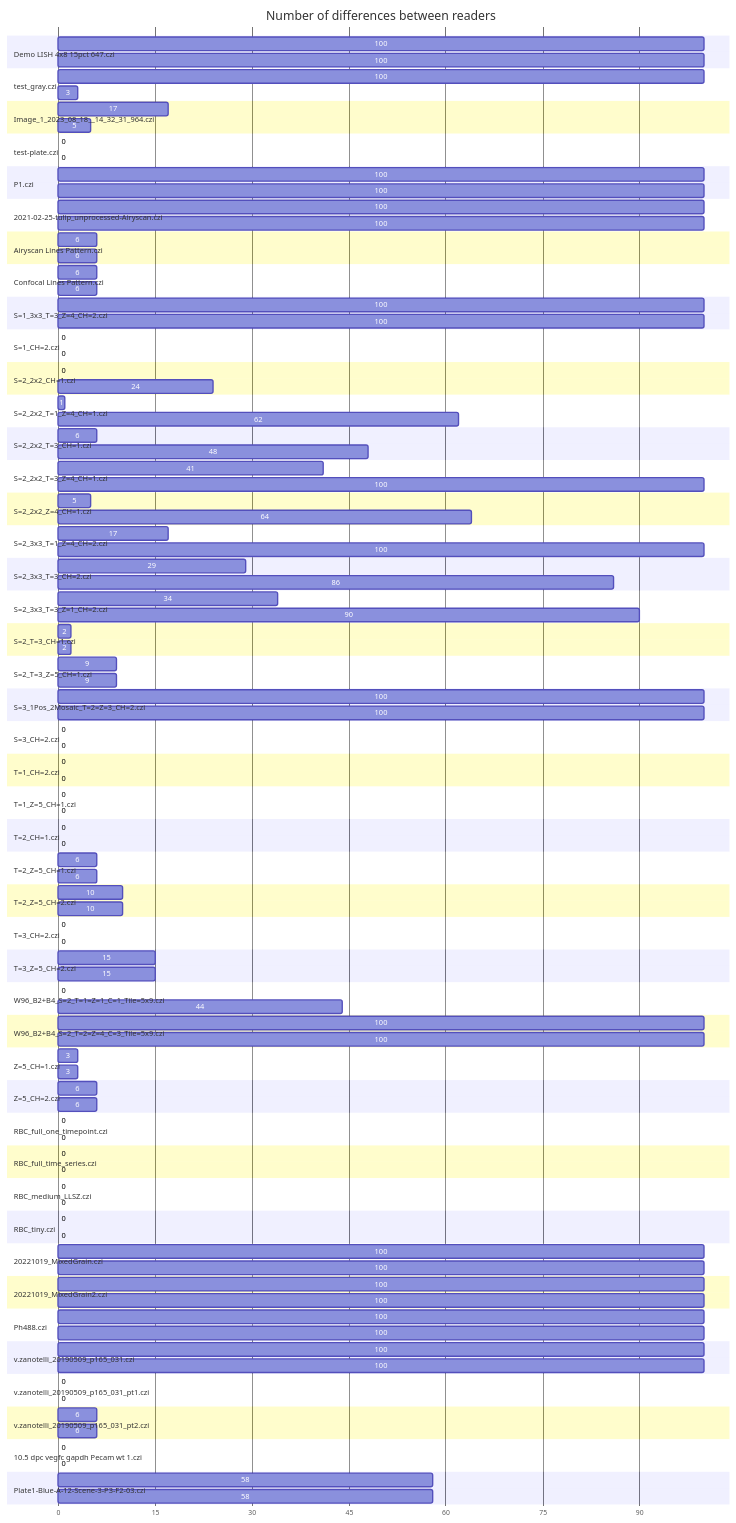
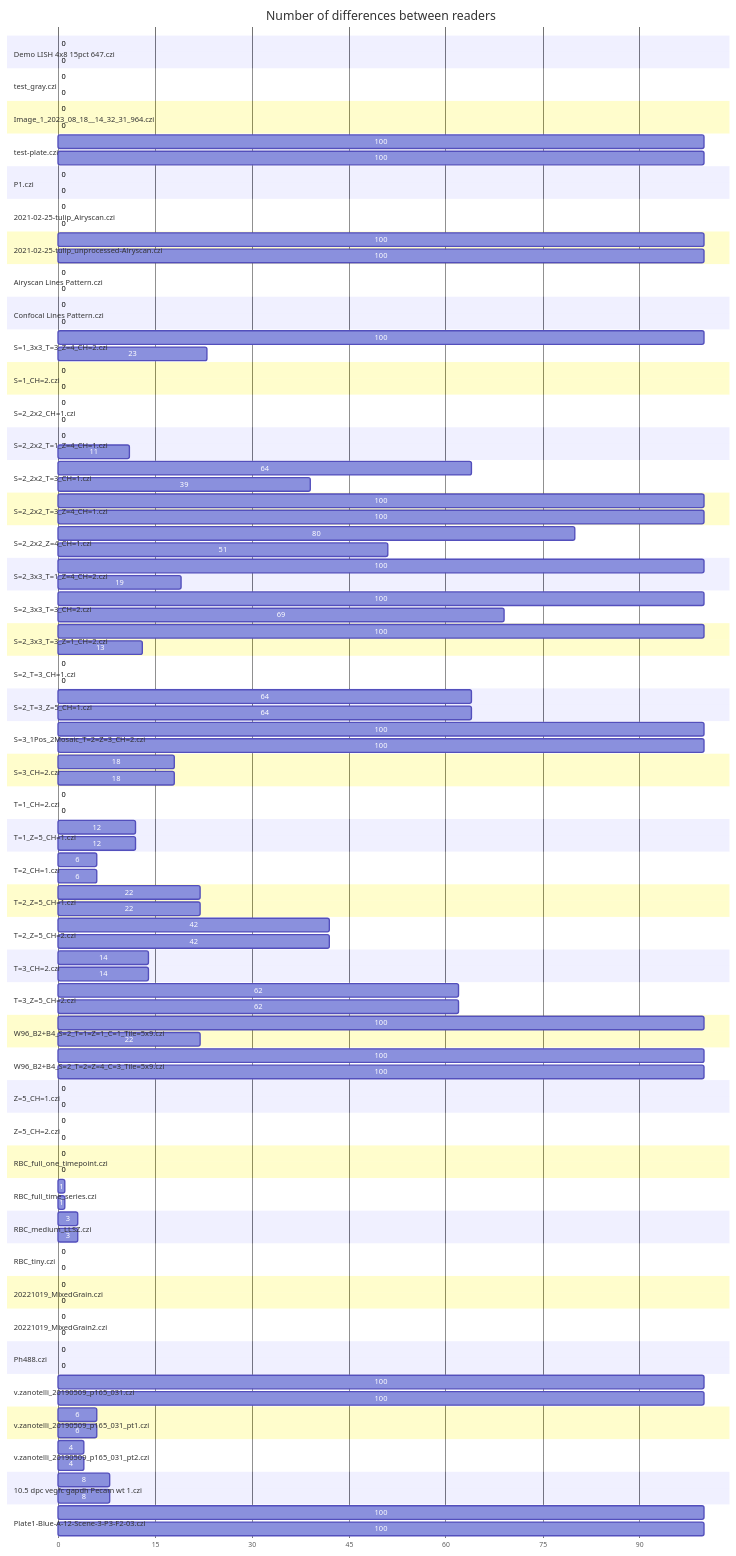
One commit to BIOP/quick-start-czi-reader changed the first of 4 diagrams in comparison_summary_chart.md. Above: the diagram before and after it, drawn with Mermaid. The commit also changed other lines of this file and 97 other files, not shown here.

````diff
--- a/comparison_summary_chart.md
+++ b/comparison_summary_chart.md
@@ -6,41 +6,45 @@
             axisFormat %s
 
             section Demo LISH 4x8 15pct 647.czi
-            100   : 0, 100
+            0   : 0, 0
             section Demo LISH 4x8 15pct 647.czi
-            100   : 0, 100
+            0   : 0, 0
             section test_gray.czi
-            100   : 0, 100
+            0   : 0, 0
             section test_gray.czi
-            3   : 0, 3
+            0   : 0, 0
             section Image_1_2023_08_18__14_32_31_964.czi
-            17   : 0, 17
+            0   : 0, 0
             section Image_1_2023_08_18__14_32_31_964.czi
-            5   : 0, 5
-            section test-plate.czi
             0   : 0, 0
             section test-plate.czi
+            100   : 0, 100
+            section test-plate.czi
+            100   : 0, 100
+            section P1.czi
             0   : 0, 0
             section P1.czi
-            100   : 0, 100
-            section P1.czi
-            100   : 0, 100
+            0   : 0, 0
+            section 2021-02-25-tulip_Airyscan.czi
+            0   : 0, 0
+            section 2021-02-25-tulip_Airyscan.czi
+            0   : 0, 0
             section 2021-02-25-tulip_unprocessed-Airyscan.czi
             100   : 0, 100
             section 2021-02-25-tulip_unprocessed-Airyscan.czi
             100   : 0, 100
             section Airyscan Lines Pattern.czi
-            6   : 0, 6
+            0   : 0, 0
             section Airyscan Lines Pattern.czi
-            6   : 0, 6
+            0   : 0, 0
             section Confocal Lines Pattern.czi
-            6   : 0, 6
+            0   : 0, 0
             section Confocal Lines Pattern.czi
-            6   : 0, 6
+            0   : 0, 0
             section S=1_3x3_T=3_Z=4_CH=2.czi
             100   : 0, 100
             section S=1_3x3_T=3_Z=4_CH=2.czi
-            100   : 0, 100
+            23   : 0, 23
             section S=1_CH=2.czi
             0   : 0, 0
             section S=1_CH=2.czi
@@ -48,141 +52,141 @@
             section S=2_2x2_CH=1.czi
             0   : 0, 0
             section S=2_2x2_CH=1.czi
-            24   : 0, 24
+            0   : 0, 0
             section S=2_2x2_T=1_Z=4_CH=1.czi
-            1   : 0, 1
+            0   : 0, 0
             section S=2_2x2_T=1_Z=4_CH=1.czi
-            62   : 0, 62
+            11   : 0, 11
             section S=2_2x2_T=3_CH=1.czi
-            6   : 0, 6
+            64   : 0, 64
             section S=2_2x2_T=3_CH=1.czi
-            48   : 0, 48
+            39   : 0, 39
             section S=2_2x2_T=3_Z=4_CH=1.czi
-            41   : 0, 41
+            100   : 0, 100
             section S=2_2x2_T=3_Z=4_CH=1.czi
             100   : 0, 100
             section S=2_2x2_Z=4_CH=1.czi
-            5   : 0, 5
+            80   : 0, 80
             section S=2_2x2_Z=4_CH=1.czi
-            64   : 0, 64
-            section S=2_3x3_T=1_Z=4_CH=2.czi
-            17   : 0, 17
+            51   : 0, 51
             section S=2_3x3_T=1_Z=4_CH=2.czi
             100   : 0, 100
+            section S=2_3x3_T=1_Z=4_CH=2.czi
+            19   : 0, 19
             section S=2_3x3_T=3_CH=2.czi
-            29   : 0, 29
+            100   : 0, 100
             section S=2_3x3_T=3_CH=2.czi
-            86   : 0, 86
+            69   : 0, 69
             section S=2_3x3_T=3_Z=1_CH=2.czi
-            34   : 0, 34
+            100   : 0, 100
             section S=2_3x3_T=3_Z=1_CH=2.czi
-            90   : 0, 90
+            13   : 0, 13
             section S=2_T=3_CH=1.czi
-            2   : 0, 2
+            0   : 0, 0
             section S=2_T=3_CH=1.czi
-            2   : 0, 2
+            0   : 0, 0
             section S=2_T=3_Z=5_CH=1.czi
-            9   : 0, 9
+            64   : 0, 64
             section S=2_T=3_Z=5_CH=1.czi
-            9   : 0, 9
+            64   : 0, 64
             section S=3_1Pos_2Mosaic_T=2=Z=3_CH=2.czi
             100   : 0, 100
             section S=3_1Pos_2Mosaic_T=2=Z=3_CH=2.czi
             100   : 0, 100
             section S=3_CH=2.czi
-            0   : 0, 0
+            18   : 0, 18
             section S=3_CH=2.czi
-            0   : 0, 0
+            18   : 0, 18
             section T=1_CH=2.czi
             0   : 0, 0
             section T=1_CH=2.czi
             0   : 0, 0
             section T=1_Z=5_CH=1.czi
-            0   : 0, 0
+            12   : 0, 12
             section T=1_Z=5_CH=1.czi
-            0   : 0, 0
+            12   : 0, 12
             section T=2_CH=1.czi
-            0   : 0, 0
+            6   : 0, 6
             section T=2_CH=1.czi
-            0   : 0, 0
-            section T=2_Z=5_CH=1.czi
             6   : 0, 6
             section T=2_Z=5_CH=1.czi
-            6   : 0, 6
+            22   : 0, 22
+            section T=2_Z=5_CH=1.czi
+            22   : 0, 22
             section T=2_Z=5_CH=2.czi
-            10   : 0, 10
+            42   : 0, 42
             section T=2_Z=5_CH=2.czi
-            10   : 0, 10
+            42   : 0, 42
             section T=3_CH=2.czi
-            0   : 0, 0
+            14   : 0, 14
             section T=3_CH=2.czi
-            0   : 0, 0
+            14   : 0, 14
             section T=3_Z=5_CH=2.czi
-            15   : 0, 15
+            62   : 0, 62
             section T=3_Z=5_CH=2.czi
-            15   : 0, 15
+            62   : 0, 62
             section W96_B2+B4_S=2_T=1=Z=1_C=1_Tile=5x9.czi
-            0   : 0, 0
+            100   : 0, 100
             section W96_B2+B4_S=2_T=1=Z=1_C=1_Tile=5x9.czi
-            44   : 0, 44
+            22   : 0, 22
             section W96_B2+B4_S=2_T=2=Z=4_C=3_Tile=5x9.czi
             100   : 0, 100
             section W96_B2+B4_S=2_T=2=Z=4_C=3_Tile=5x9.czi
             100   : 0, 100
             section Z=5_CH=1.czi
-            3   : 0, 3
+            0   : 0, 0
             section Z=5_CH=1.czi
-            3   : 0, 3
+            0   : 0, 0
             section Z=5_CH=2.czi
-            6   : 0, 6
+            0   : 0, 0
             section Z=5_CH=2.czi
-            6   : 0, 6
+            0   : 0, 0
             section RBC_full_one_timepoint.czi
             0   : 0, 0
             section RBC_full_one_timepoint.czi
             0   : 0, 0
             section RBC_full_time_series.czi
-            0   : 0, 0
+            1   : 0, 1
             section RBC_full_time_series.czi
-            0   : 0, 0
+            1   : 0, 1
             section RBC_medium_LLSZ.czi
-            0   : 0, 0
+            3   : 0, 3
             section RBC_medium_LLSZ.czi
-            0   : 0, 0
+            3   : 0, 3
             section RBC_tiny.czi
             0   : 0, 0
             section RBC_tiny.czi
             0   : 0, 0
             section 20221019_MixedGrain.czi
-            100   : 0, 100
+            0   : 0, 0
             section 20221019_MixedGrain.czi
-            100   : 0, 100
+            0   : 0, 0
             section 20221019_MixedGrain2.czi
-            100   : 0, 100
+            0   : 0, 0
             section 20221019_MixedGrain2.czi
-            100   : 0, 100
+            0   : 0, 0
             section Ph488.czi
-            100   : 0, 100
+            0   : 0, 0
             section Ph488.czi
-            100   : 0, 100
+            0   : 0, 0
             section v.zanotelli_20190509_p165_031.czi
             100   : 0, 100
             section v.zanotelli_20190509_p165_031.czi
             100   : 0, 100
             section v.zanotelli_20190509_p165_031_pt1.czi
-            0   : 0, 0
+            6   : 0, 6
             section v.zanotelli_20190509_p165_031_pt1.czi
-            0   : 0, 0
-            section v.zanotelli_20190509_p165_031_pt2.czi
             6   : 0, 6
             section v.zanotelli_20190509_p165_031_pt2.czi
-            6   : 0, 6
+            4   : 0, 4
+            section v.zanotelli_20190509_p165_031_pt2.czi
+            4   : 0, 4
             section 10.5 dpc vegfc gapdh Pecam wt 1.czi
-            0   : 0, 0
+            8   : 0, 8
             section 10.5 dpc vegfc gapdh Pecam wt 1.czi
-            0   : 0, 0
+            8   : 0, 8
             section Plate1-Blue-A-12-Scene-3-P3-F2-03.czi
-            58   : 0, 58
+            100   : 0, 100
             section Plate1-Blue-A-12-Scene-3-P3-F2-03.czi
-            58   : 0, 58
+            100   : 0, 100
 ```
````
